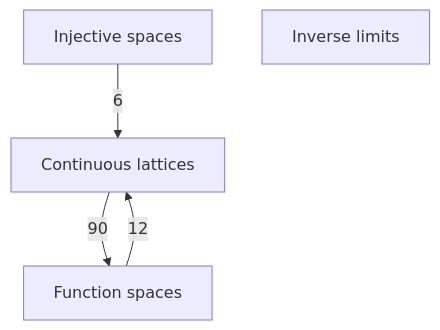
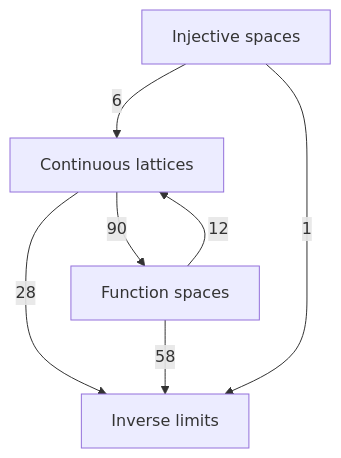
One commit to catskillsresearch/DomainTheory changed the diagram in DomainTheory/1972_ContinuousLattices.mermaid. Above: the diagram before and after it, drawn with Mermaid. The commit also changed 178 other files, not shown here.

First line of the commit message:
Improve 1972 PDF build, mermaid section imports, and note hierarchy.

```diff
--- a/DomainTheory/1972_ContinuousLattices.mermaid
+++ b/DomainTheory/1972_ContinuousLattices.mermaid
@@ -1,16 +1,17 @@
 %% Each box is one section from 1972_ContinuousLattices.md (Introduction omitted).
-%% Each box is one outline note from the chapter index.
-%% Arrowhead on the importer. The number is a direct-import count.
-%% An arrow already implied by a longer path is omitted.
+%% Arrowhead on the importer. The number is a direct-import count between sections.
 flowchart TB
 
   CL["Continuous lattices"]
   FS["Function spaces"]
   INJ["Injective spaces"]
   LIM["Inverse limits"]
 
   FS -->|"12"| CL
   INJ -->|"6"| CL
   CL -->|"90"| FS
+  CL -->|"28"| LIM
+  FS -->|"58"| LIM
+  INJ -->|"1"| LIM
 
   classDef section fill:#dbeafe,stroke:#1d4ed8,color:#1e3a8a
```
